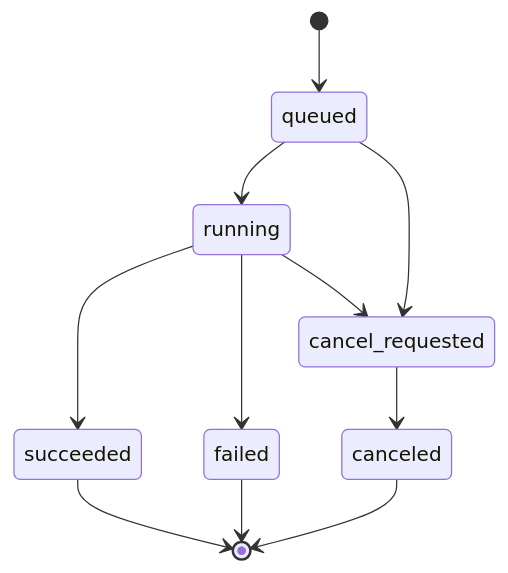
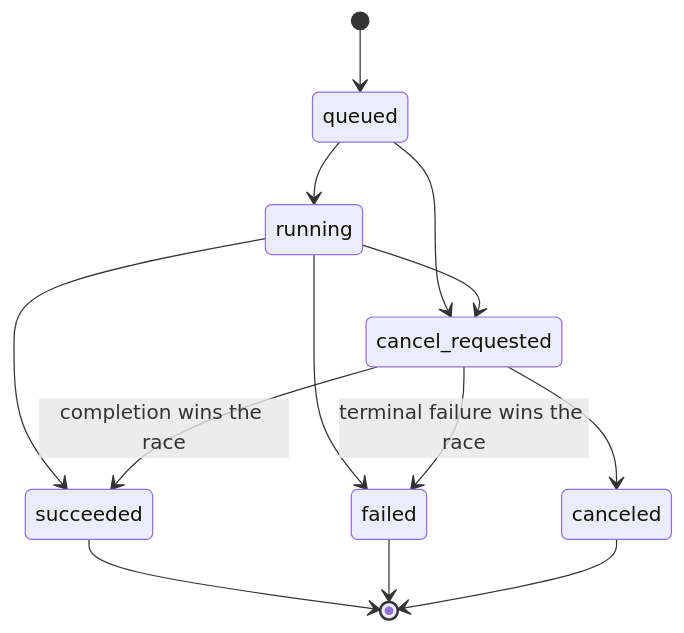
One commit to The-Vibe-Company/quivr changed the seventh of 10 diagrams in docs/quivr-v2-canonical-data-model.md. Above: the diagram before and after it, drawn with Mermaid. The commit also changed other lines of this file and 8 other files, not shown here.

````diff
--- a/docs/quivr-v2-canonical-data-model.md
+++ b/docs/quivr-v2-canonical-data-model.md
@@ -295,13 +295,15 @@
 ```mermaid
 stateDiagram-v2
     [*] --> queued
     queued --> running
     running --> succeeded
     running --> failed
     queued --> cancel_requested
     running --> cancel_requested
     cancel_requested --> canceled
+    cancel_requested --> succeeded: completion wins the race
+    cancel_requested --> failed: terminal failure wins the race
     succeeded --> [*]
     failed --> [*]
     canceled --> [*]
 ```
````
